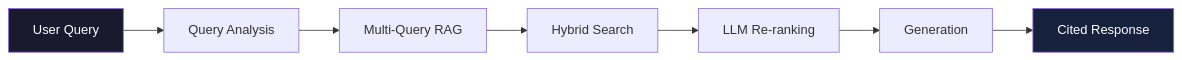
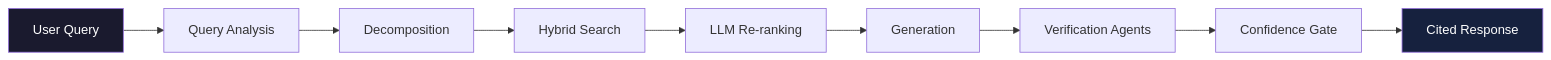
Before and after one commit to davidfertube/spec-agents: the first of 2 diagrams in README.md, drawn with Mermaid. The commit also changed other lines of this file and 38 other files, not shown here.

````diff
--- a/README.md
+++ b/README.md
@@ -33,12 +35,14 @@
 ```mermaid
 graph LR
     A[User Query] --> B[Query Analysis]
-    B --> C[Multi-Query RAG]
+    B --> C[Decomposition]
     C --> D[Hybrid Search]
     D --> E[LLM Re-ranking]
     E --> F[Generation]
-    F --> G[Cited Response]
+    F --> G[Verification Agents]
+    G --> H[Confidence Gate]
+    H --> I[Cited Response]
 
     style A fill:#1a1a2e,color:#fff
-    style G fill:#16213e,color:#fff
+    style I fill:#16213e,color:#fff
 ```
````
